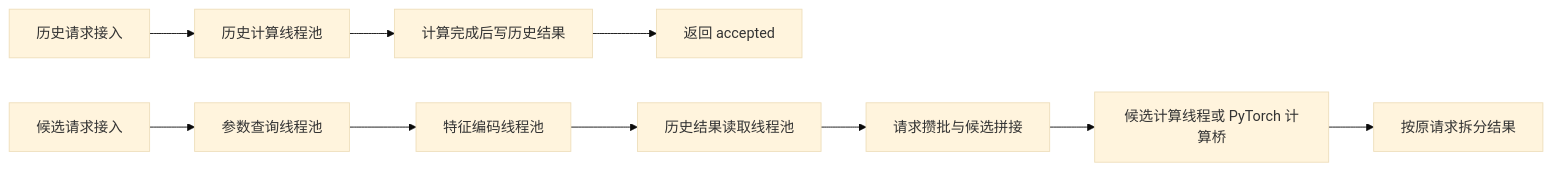
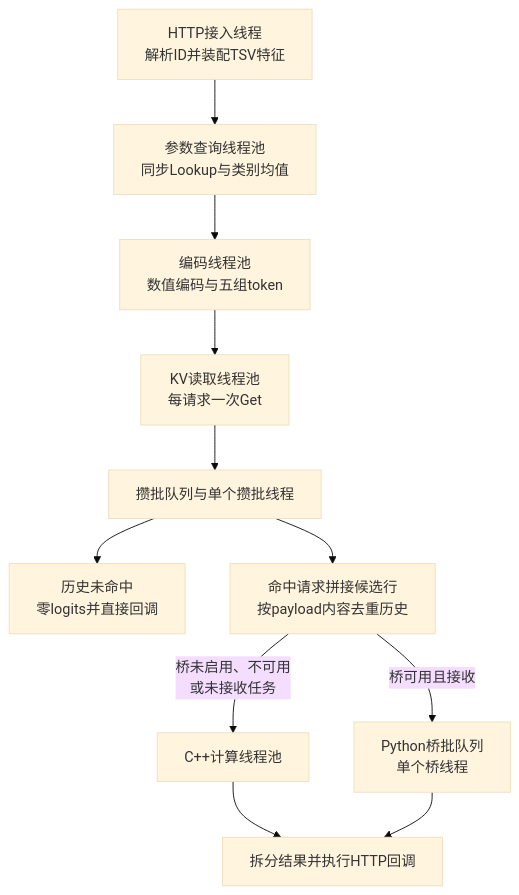
Before and after one commit to bitianyuan123/docs: the fourth of 6 diagrams in 02_onetrans.md, drawn with Mermaid (base theme). The commit also changed other lines of this file and 141 other files, not shown here.

````diff
--- a/02_onetrans.md
+++ b/02_onetrans.md
@@ -203,12 +236,13 @@
 ```mermaid
-flowchart LR
-    H[历史请求接入] --> Q[历史计算线程池]
-    Q --> W[计算完成后写历史结果]
-    W --> R[返回 accepted]
-    A[候选请求接入] --> L[参数查询线程池]
-    L --> E[特征编码线程池]
-    E --> K[历史结果读取线程池]
-    K --> B[请求攒批与候选拼接]
-    B --> C[候选计算线程或 PyTorch 计算桥]
-    C --> O[按原请求拆分结果]
+flowchart TD
+    A[HTTP接入线程<br/>解析ID并装配TSV特征] --> L[参数查询线程池<br/>同步Lookup与类别均值]
+    L --> E[编码线程池<br/>数值编码与五组token]
+    E --> K[KV读取线程池<br/>每请求一次Get]
+    K --> Q[攒批队列与单个攒批线程]
+    Q --> M[历史未命中<br/>零logits并直接回调]
+    Q --> B[命中请求拼接候选行<br/>按payload内容去重历史]
+    B -->|桥未启用、不可用<br/>或未接收任务| C[C++计算线程池]
+    B -->|桥可用且接收| Y[Python桥批队列<br/>单个桥线程]
+    C --> R[拆分结果并执行HTTP回调]
+    Y --> R
 ```
````
